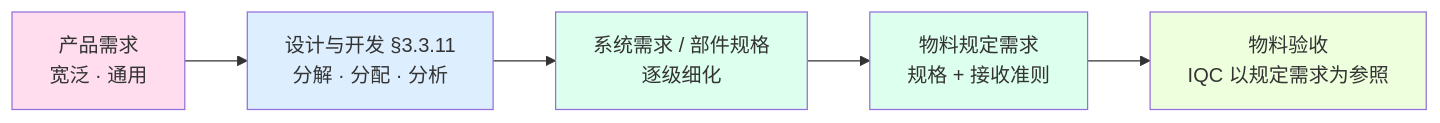
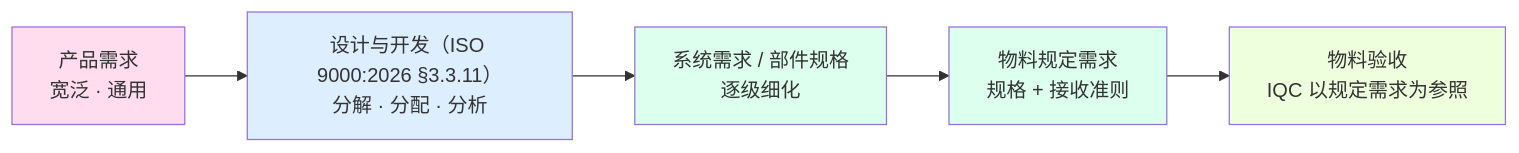
Before and after one commit to Yongjunzhou/business-Engineering: the first of 3 diagrams in 10-系统工程研究/00-系统工程相关研究报告/19-物料需求与需求判据研究报告-从产品需求到需求的质量判据.md, drawn with Mermaid. The commit also changed other lines of this file and 31 other files, not shown here.

````diff
--- a/10-系统工程研究/00-系统工程相关研究报告/19-物料需求与需求判据研究报告-从产品需求到需求的质量判据.md
+++ b/10-系统工程研究/00-系统工程相关研究报告/19-物料需求与需求判据研究报告-从产品需求到需求的质量判据.md
@@ -50,12 +53,12 @@
 ```mermaid
 flowchart LR
-    A["产品需求<br/>宽泛 · 通用"] --> B["设计与开发 §3.3.11<br/>分解 · 分配 · 分析"]
+    A["产品需求<br/>宽泛 · 通用"] --> B["设计与开发（ISO 9000:2026 §3.3.11）<br/>分解 · 分配 · 分析"]
     B --> C["系统需求 / 部件规格<br/>逐级细化"]
     C --> D["物料规定需求<br/>规格 + 接收准则"]
     D --> E["物料验收<br/>IQC 以规定需求为参照"]
     style A fill:#fde
     style B fill:#def
     style C fill:#dfe
     style D fill:#dfe
     style E fill:#efd
 ```
````
